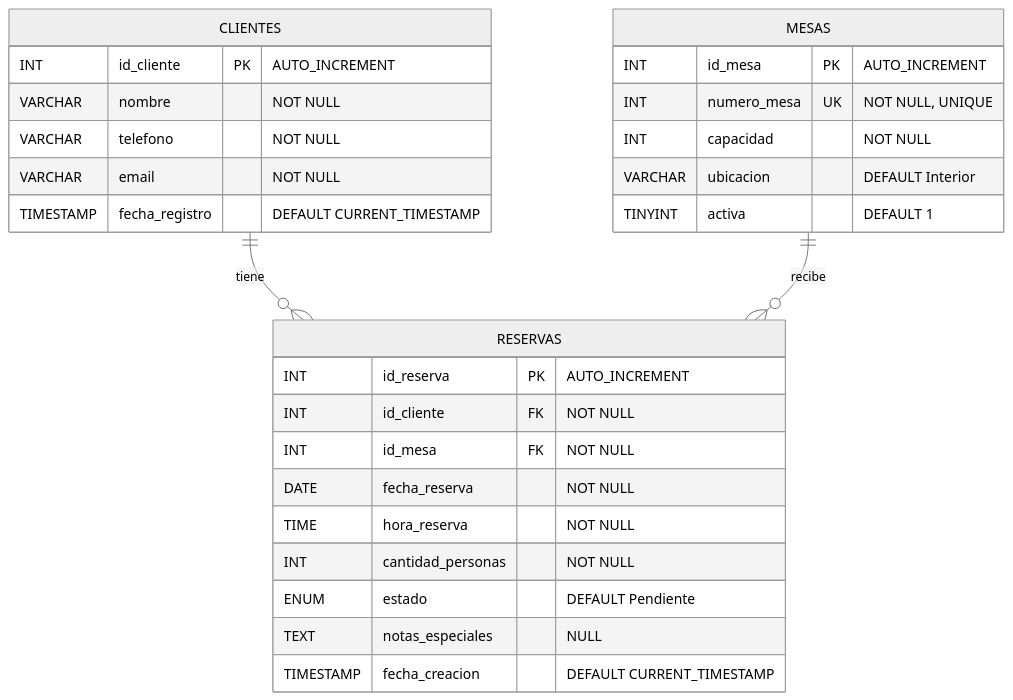
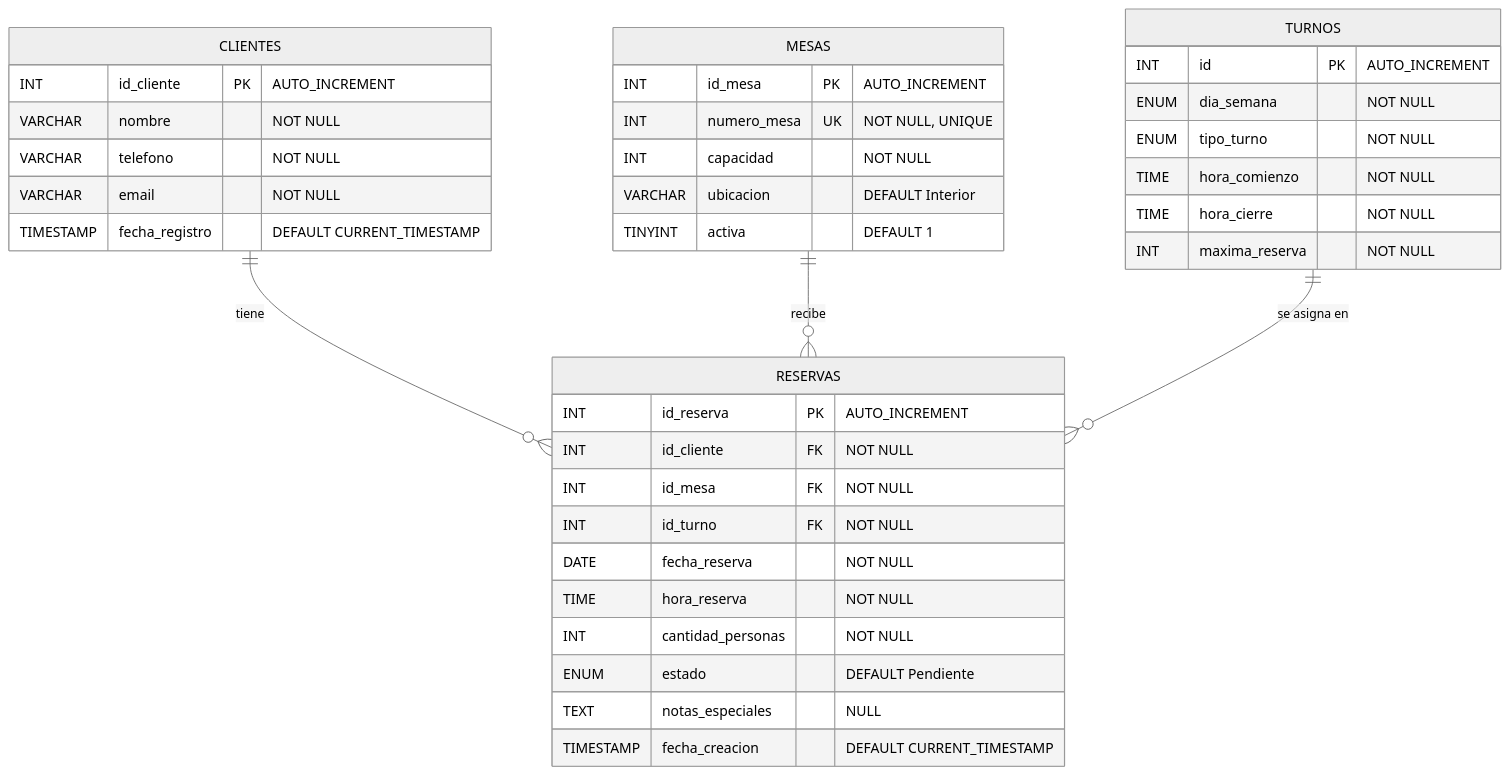
The diagram in docs/documentacion-bbdd-reservas.md (ABPMonlau/test_repository), drawn with Mermaid (neutral theme) before and after one commit. The commit also changed other lines of this file and 7 other files, not shown here.

````diff
--- a/docs/documentacion-bbdd-reservas.md
+++ b/docs/documentacion-bbdd-reservas.md
@@ -165,33 +220,44 @@
 ```mermaid
 erDiagram
     CLIENTES {
         INT id_cliente PK "AUTO_INCREMENT"
         VARCHAR nombre "NOT NULL"
         VARCHAR telefono "NOT NULL"
         VARCHAR email "NOT NULL"
         TIMESTAMP fecha_registro "DEFAULT CURRENT_TIMESTAMP"
     }
 
     MESAS {
         INT id_mesa PK "AUTO_INCREMENT"
         INT numero_mesa UK "NOT NULL, UNIQUE"
         INT capacidad "NOT NULL"
         VARCHAR ubicacion "DEFAULT Interior"
         TINYINT activa "DEFAULT 1"
     }
 
+    TURNOS {
+        INT id PK "AUTO_INCREMENT"
+        ENUM dia_semana "NOT NULL"
+        ENUM tipo_turno "NOT NULL"
+        TIME hora_comienzo "NOT NULL"
+        TIME hora_cierre "NOT NULL"
+        INT maxima_reserva "NOT NULL"
+    }
+
     RESERVAS {
         INT id_reserva PK "AUTO_INCREMENT"
         INT id_cliente FK "NOT NULL"
         INT id_mesa FK "NOT NULL"
+        INT id_turno FK "NOT NULL"
         DATE fecha_reserva "NOT NULL"
         TIME hora_reserva "NOT NULL"
         INT cantidad_personas "NOT NULL"
         ENUM estado "DEFAULT Pendiente"
         TEXT notas_especiales "NULL"
         TIMESTAMP fecha_creacion "DEFAULT CURRENT_TIMESTAMP"
     }
 
     CLIENTES ||--o{ RESERVAS : "tiene"
     MESAS ||--o{ RESERVAS : "recibe"
+    TURNOS ||--o{ RESERVAS : "se asigna en"
 ```
````
